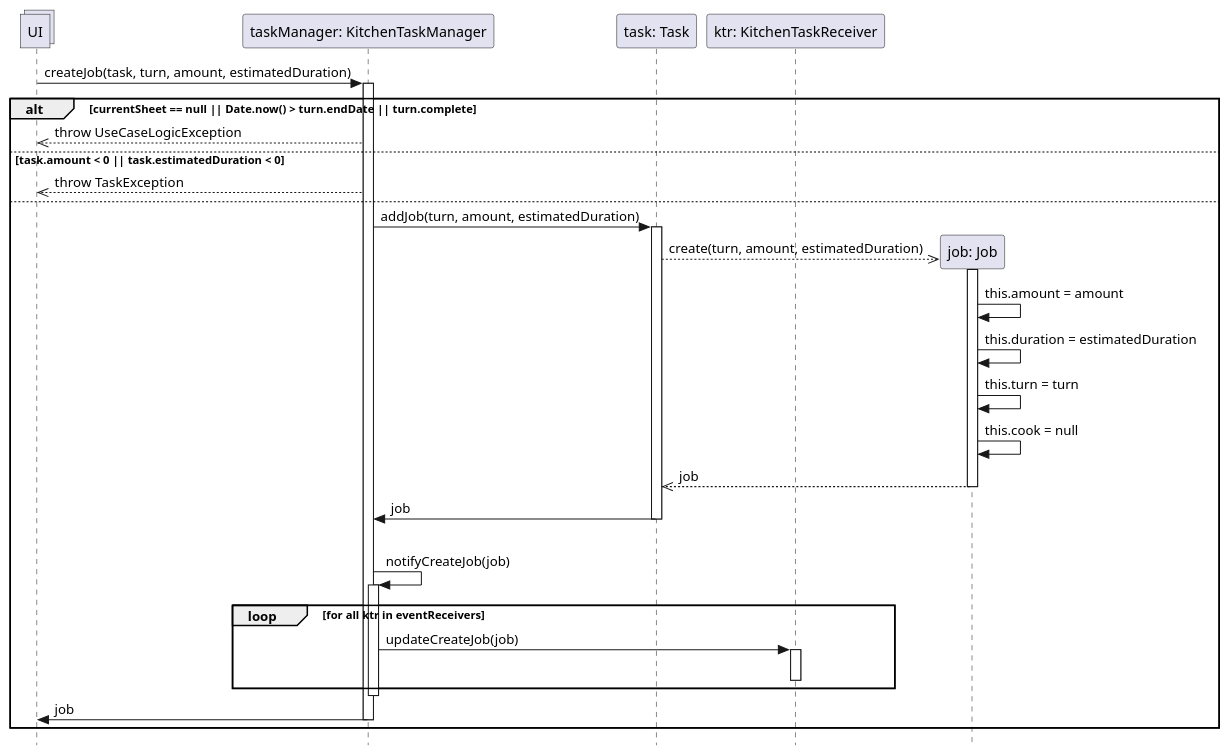
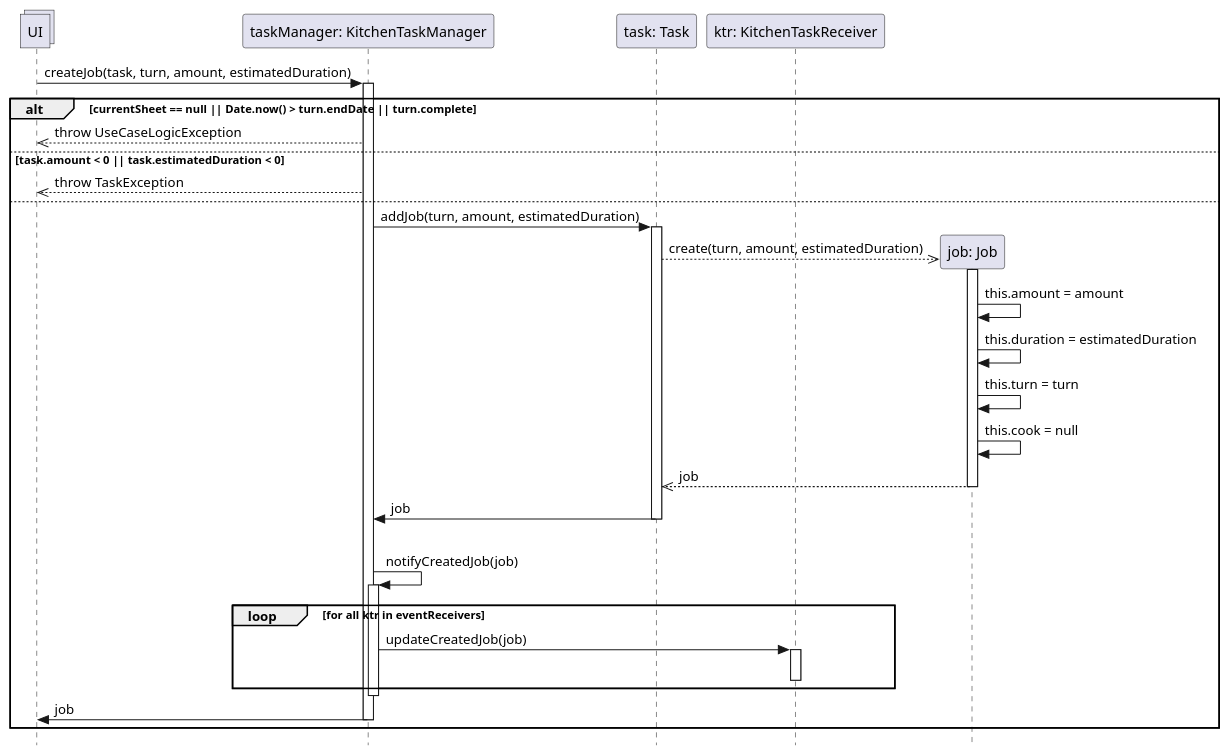
Before and after one commit to stefa168/sas-project: the diagram in UC Gestire Compiti Cucina/Progettazione/DSD Operazione 6.puml, drawn with PlantUML. The commit also changed 3 other files, not shown here.

```diff
--- a/UC Gestire Compiti Cucina/Progettazione/DSD Operazione 6.puml
+++ b/UC Gestire Compiti Cucina/Progettazione/DSD Operazione 6.puml
@@ -1,51 +1,51 @@
 @startuml Operazione 6
 skinparam Style strictuml
 
 collections UI
 
 participant "taskManager: KitchenTaskManager" as tm
 UI -> tm: createJob(task, turn, amount, estimatedDuration)
 activate tm
 
 participant "task: Task" as task
 participant "ktr: KitchenTaskReceiver" as ktr
 
 alt currentSheet == null || Date.now() > turn.endDate || turn.complete
     UI <<-- tm: throw UseCaseLogicException
 else task.amount < 0 || task.estimatedDuration < 0
     UI <<-- tm: throw TaskException
 else
 
     tm -> task: addJob(turn, amount, estimatedDuration)
     activate task
 
     participant "job: Job" as job
     task -->> job**: create(turn, amount, estimatedDuration)
 
     activate job
         job -> job: this.amount = amount
         job -> job: this.duration = estimatedDuration
         job -> job: this.turn = turn
         job -> job: this.cook = null
 
     return job
 
     tm <- task: job
     deactivate task
 
     |||
-    tm -> tm: notifyCreateJob(job)
+    tm -> tm: notifyCreatedJob(job)
     activate tm
     loop for all ktr in eventReceivers
-        tm -> ktr : updateCreateJob(job)
+        tm -> ktr : updateCreatedJob(job)
         activate ktr
         deactivate ktr
     end
     deactivate tm
 
     UI <- tm: job
     deactivate tm
     
 end
 
 @enduml
```
